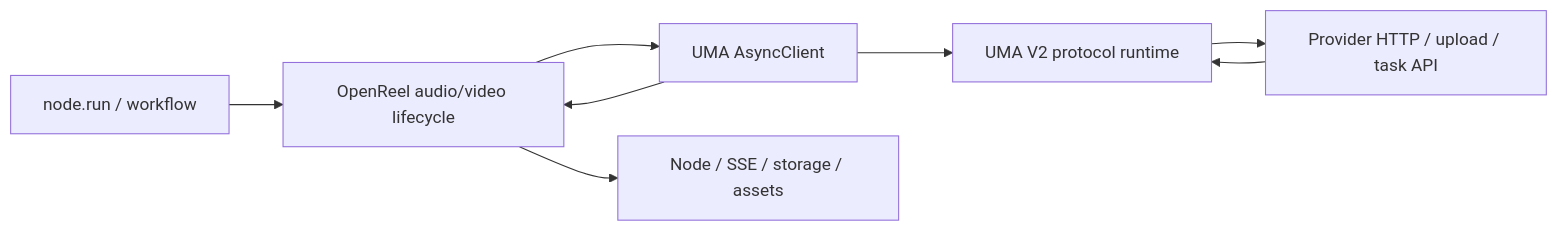
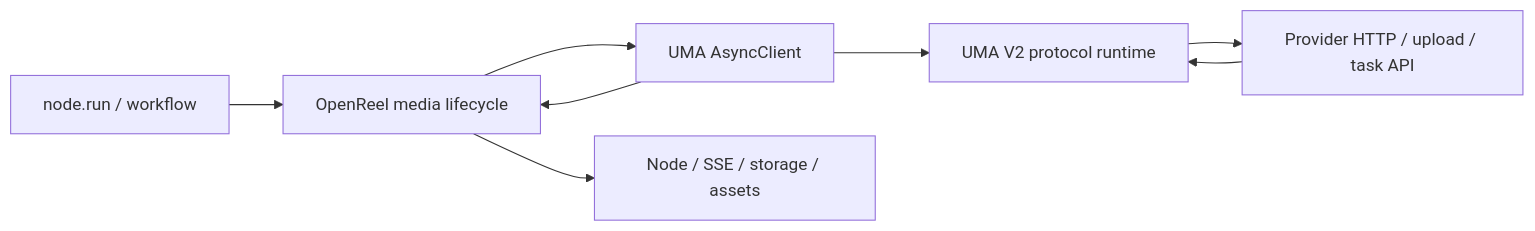
The second of 2 diagrams in docs/en/model-providers.md (yutianxiao6/openreel-studio), drawn with Mermaid before and after one commit. The commit also changed other lines of this file and 28 other files, not shown here.

````diff
--- a/docs/en/model-providers.md
+++ b/docs/en/model-providers.md
@@ -107,10 +101,10 @@
 ```mermaid
 flowchart LR
-  A[node.run / workflow] --> B[OpenReel audio/video lifecycle]
+  A[node.run / workflow] --> B[OpenReel media lifecycle]
   B --> C[UMA AsyncClient]
   C --> D[UMA V2 protocol runtime]
   D --> E[Provider HTTP / upload / task API]
   E --> D
   C --> B
   B --> F[Node / SSE / storage / assets]
 ```
````
